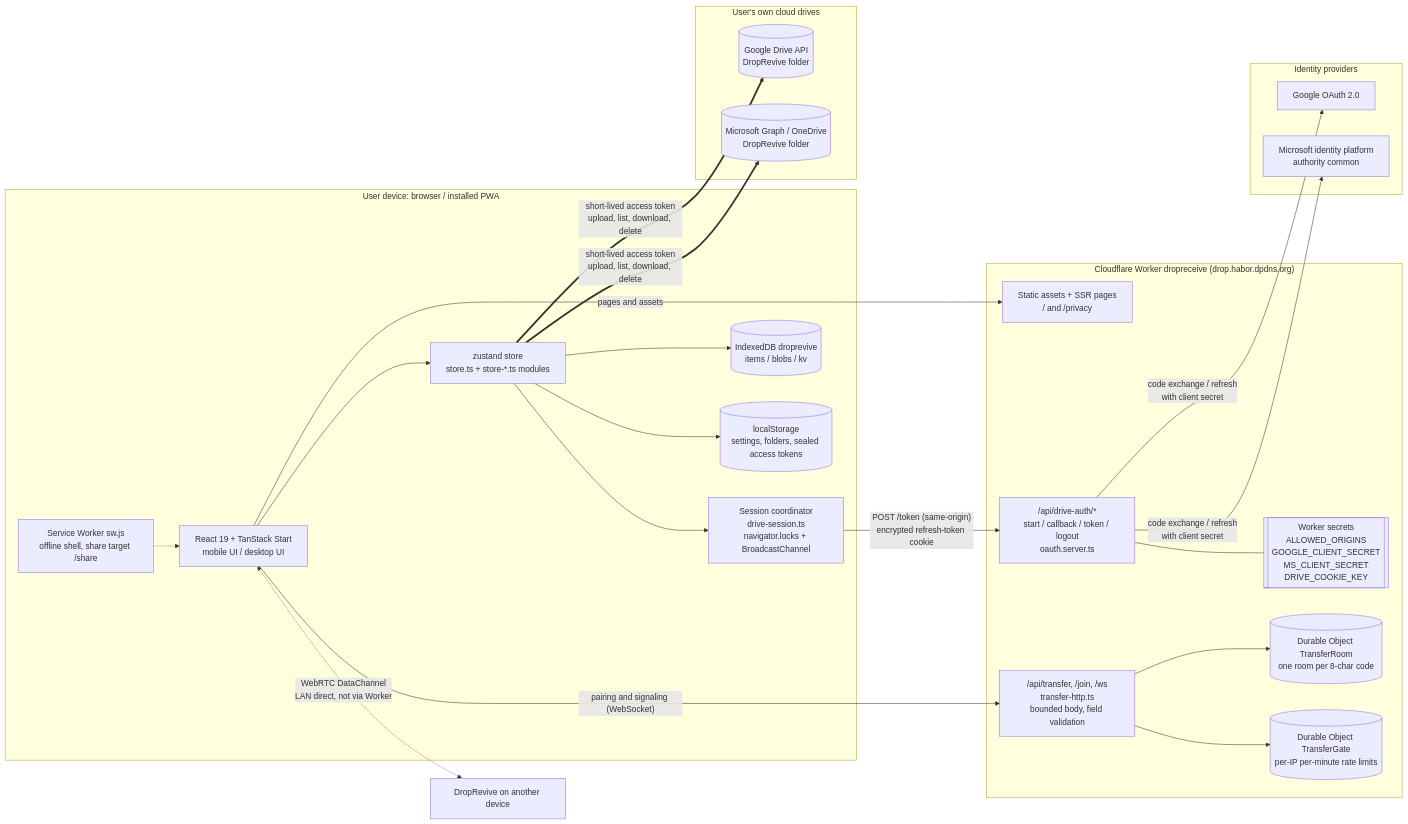
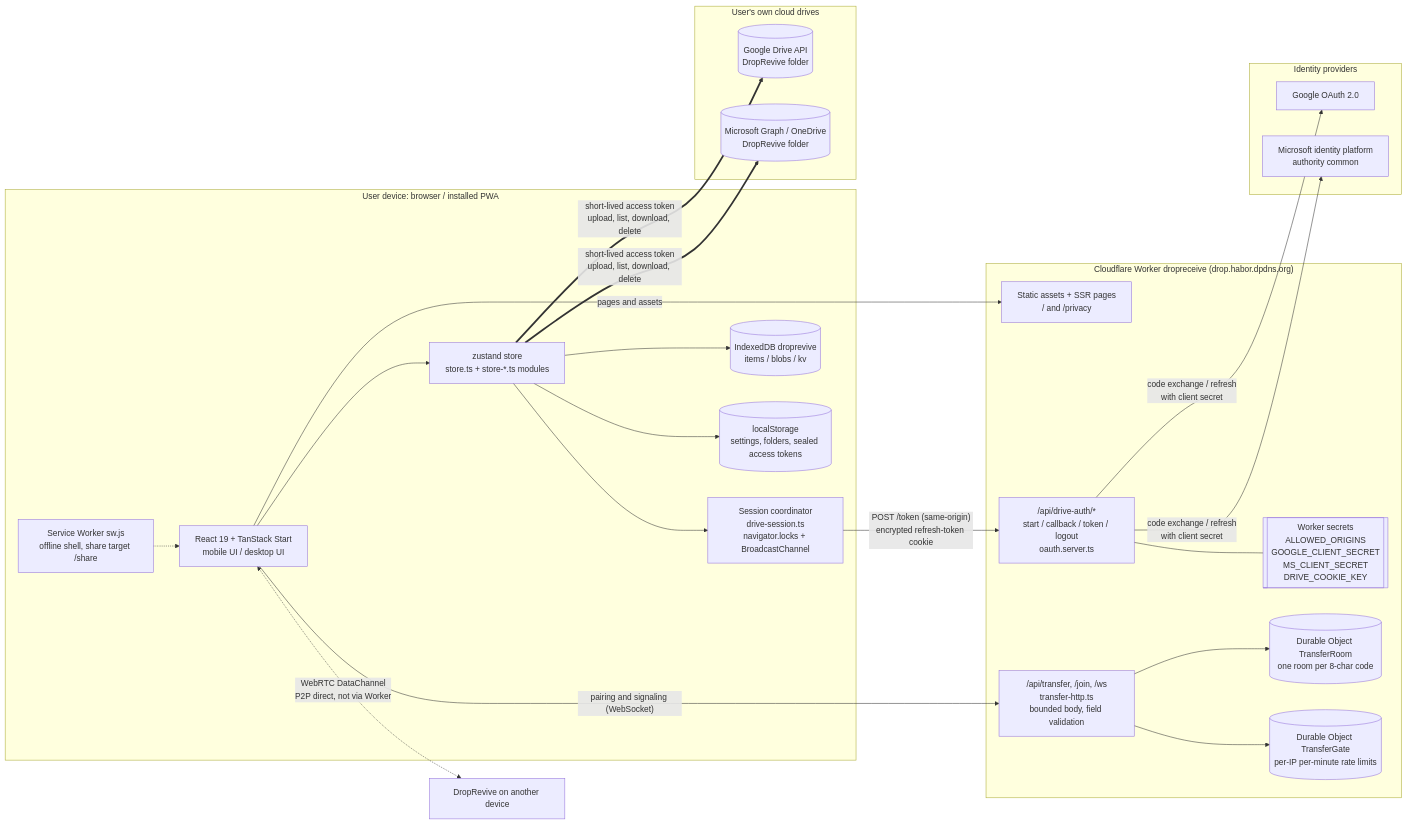
Before and after one commit to TopCircle/DropRevive: the first of 4 diagrams in docs/architecture.md, drawn with Mermaid. The commit also changed other lines of this file and 12 other files, not shown here.

````diff
--- a/docs/architecture.md
+++ b/docs/architecture.md
@@ -9,48 +9,48 @@
 ```mermaid
 flowchart LR
   subgraph Device["User device: browser / installed PWA"]
     UI["React 19 + TanStack Start<br/>mobile UI / desktop UI"]
     Store["zustand store<br/>store.ts + store-*.ts modules"]
     Sess["Session coordinator<br/>drive-session.ts<br/>navigator.locks + BroadcastChannel"]
     IDB[("IndexedDB droprevive<br/>items / blobs / kv")]
     LS[("localStorage<br/>settings, folders, sealed access tokens")]
     SW["Service Worker sw.js<br/>offline shell, share target /share"]
     UI --> Store
     Store --> Sess
     Store --> IDB
     Store --> LS
     SW -.-> UI
   end
 
   subgraph CF["Cloudflare Worker dropreceive (drop.habor.dpdns.org)"]
     Assets["Static assets + SSR pages<br/>/ and /privacy"]
     Auth["/api/drive-auth/*<br/>start / callback / token / logout<br/>oauth.server.ts"]
     Secrets[["Worker secrets<br/>ALLOWED_ORIGINS<br/>GOOGLE_CLIENT_SECRET<br/>MS_CLIENT_SECRET<br/>DRIVE_COOKIE_KEY"]]
     TAPI["/api/transfer, /join, /ws<br/>transfer-http.ts<br/>bounded body, field validation"]
     Room[("Durable Object TransferRoom<br/>one room per 8-char code")]
     Gate[("Durable Object TransferGate<br/>per-IP per-minute rate limits")]
     Auth --- Secrets
     TAPI --> Room
     TAPI --> Gate
   end
 
   subgraph IdP["Identity providers"]
     GO["Google OAuth 2.0"]
     MS["Microsoft identity platform<br/>authority common"]
   end
 
   subgraph Drives["User's own cloud drives"]
     GD[("Google Drive API<br/>DropRevive folder")]
     OD[("Microsoft Graph / OneDrive<br/>DropRevive folder")]
   end
 
   UI -->|"pages and assets"| Assets
   Sess -->|"POST /token (same-origin)<br/>encrypted refresh-token cookie"| Auth
   Auth -->|"code exchange / refresh<br/>with client secret"| GO
   Auth -->|"code exchange / refresh<br/>with client secret"| MS
   Store ==>|"short-lived access token<br/>upload, list, download, delete"| GD
   Store ==>|"short-lived access token<br/>upload, list, download, delete"| OD
 
   UI -->|"pairing and signaling (WebSocket)"| TAPI
-  UI <-.->|"WebRTC DataChannel<br/>LAN direct, not via Worker"| Peer["DropRevive on another device"]
+  UI <-.->|"WebRTC DataChannel<br/>P2P direct, not via Worker"| Peer["DropRevive on another device"]
 ```
````
